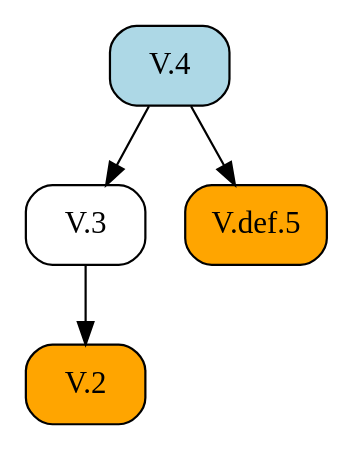
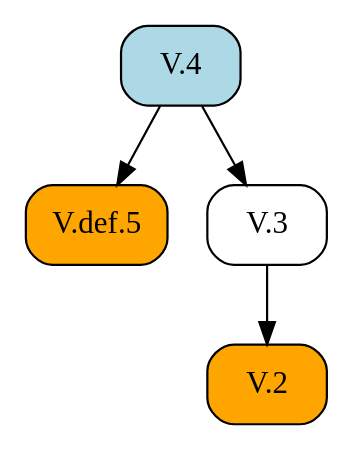
Before and after one commit to geometor/elements: the diagram in docsrc/heath/V/4/index.rst, drawn with Graphviz. The commit also changed other lines of this file and 1029 other files, not shown here.

```diff
--- a/docsrc/heath/V/4/index.rst
+++ b/docsrc/heath/V/4/index.rst
@@ -42,13 +42,13 @@
 .. graphviz::
 
    digraph {
      rankdir="TB";
      node [shape=box, style=rounded];
+     "V.def.5" [style="rounded,filled", fillcolor=orange, URL="/heath/V/def.5/", target="_top"];
      "V.4" [style="rounded,filled", fillcolor=lightblue, URL="/heath/V/4/", target="_top"];
      "V.3" [URL="/heath/V/3/", target="_top"];
      "V.2" [style="rounded,filled", fillcolor=orange, URL="/heath/V/2/", target="_top"];
-     "V.def.5" [style="rounded,filled", fillcolor=orange, URL="/heath/V/def.5/", target="_top"];
+     "V.4" -> "V.def.5";
      "V.4" -> "V.3";
      "V.3" -> "V.2";
-     "V.4" -> "V.def.5";
    }
```
